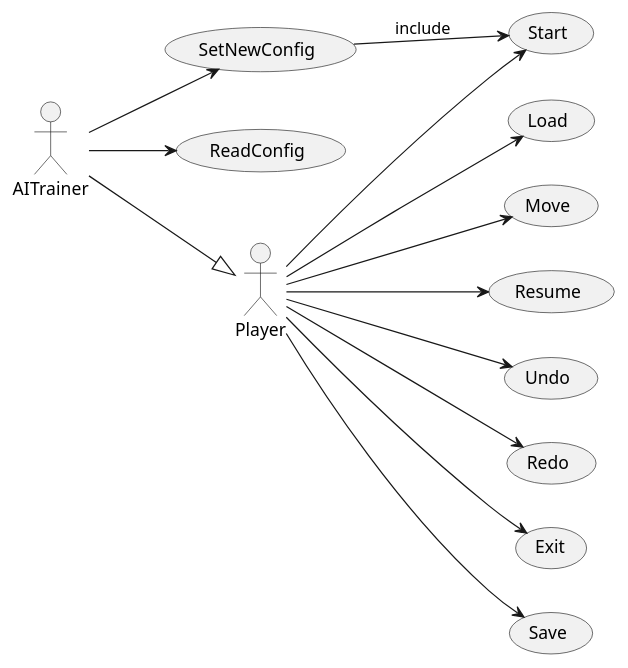
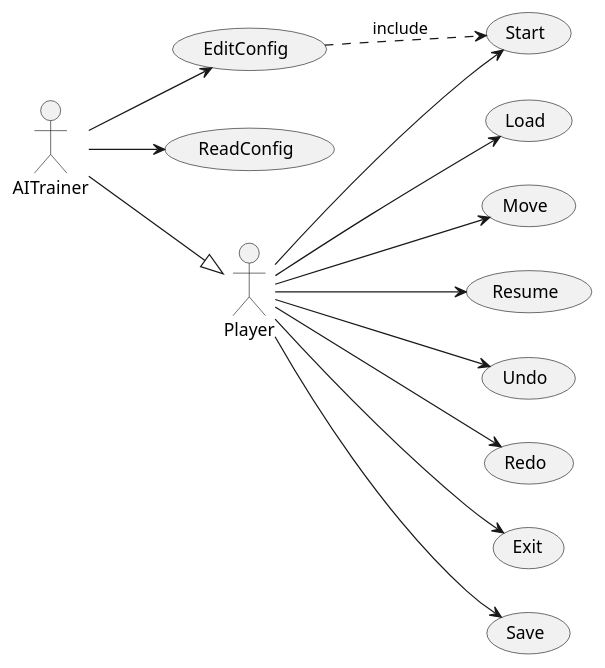
The diagram in docs/src/use-cases/use-cases.plantuml (Master-Desarrollo-20-21/patrones-diseno---practica-final---juego-de-las-damas-fraylopez), drawn with PlantUML before and after one commit. The commit also changed 15 other files, not shown here.

Commit message:
update diagram dir structure

```diff
--- a/docs/src/use-cases/use-cases.plantuml
+++ b/docs/src/use-cases/use-cases.plantuml
@@ -1,35 +1,33 @@
 @startuml UseCases
 left to right direction
 actor Player
 actor AITrainer
 
 AITrainer -down-|> Player
 
 usecase Start
 usecase Move
 usecase Resume
 usecase Undo
 usecase Redo
 usecase Exit
 usecase Save
 usecase Load
 
 usecase ReadConfig
-' usecase TestNewConfig
-usecase SetNewConfig
+usecase EditConfig
 
 Player --> Start
 Player --> Move
 Player --> Undo
 Player --> Redo
 Player --> Exit
 Player --> Save
 Player --> Resume
 Player --> Load
 
 AITrainer --> ReadConfig
-' AITrainer --> TestNewConfig
-AITrainer --> SetNewConfig
+AITrainer --> EditConfig
 
-SetNewConfig --> Start :"include"
+EditConfig ..> Start :"include"
 @enduml
```
